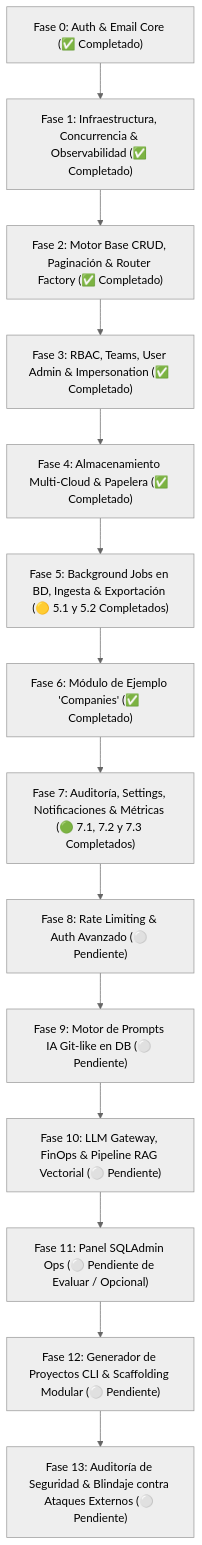
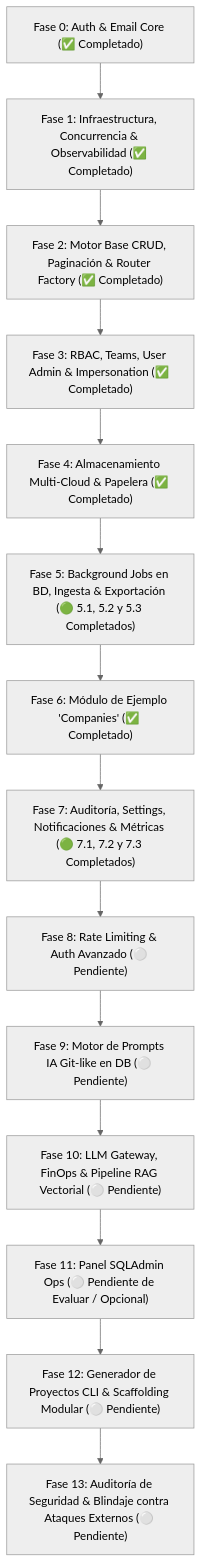
Before and after one commit to javireyramirez/fastapi_plantilla: the diagram in ROADMAP.md, drawn with Mermaid (neutral theme). The commit also changed other lines of this file and 11 other files, not shown here.

````diff
--- a/ROADMAP.md
+++ b/ROADMAP.md
@@ -30,16 +30,16 @@
 ```mermaid
 flowchart TD
     F0["Fase 0: Auth & Email Core (✅ Completado)"] --> F1["Fase 1: Infraestructura, Concurrencia & Observabilidad (✅ Completado)"]
     F1 --> F2["Fase 2: Motor Base CRUD, Paginación & Router Factory (✅ Completado)"]
     F2 --> F3["Fase 3: RBAC, Teams, User Admin & Impersonation (✅ Completado)"]
     F3 --> F4["Fase 4: Almacenamiento Multi-Cloud & Papelera (✅ Completado)"]
-    F4 --> F5["Fase 5: Background Jobs en BD, Ingesta & Exportación (🟡 5.1 y 5.2 Completados)"]
+    F4 --> F5["Fase 5: Background Jobs en BD, Ingesta & Exportación (🟢 5.1, 5.2 y 5.3 Completados)"]
     F5 --> F6["Fase 6: Módulo de Ejemplo 'Companies' (✅ Completado)"]
     F6 --> F7["Fase 7: Auditoría, Settings, Notificaciones & Métricas (🟢 7.1, 7.2 y 7.3 Completados)"]
     F7 --> F8["Fase 8: Rate Limiting & Auth Avanzado (⚪ Pendiente)"]
     F8 --> F9["Fase 9: Motor de Prompts IA Git-like en DB (⚪ Pendiente)"]
     F9 --> F10["Fase 10: LLM Gateway, FinOps & Pipeline RAG Vectorial (⚪ Pendiente)"]
     F10 --> F11["Fase 11: Panel SQLAdmin Ops (⚪ Pendiente de Evaluar / Opcional)"]
     F11 --> F12["Fase 12: Generador de Proyectos CLI & Scaffolding Modular (⚪ Pendiente)"]
     F12 --> F13["Fase 13: Auditoría de Seguridad & Blindaje contra Ataques Externos (⚪ Pendiente)"]
 ```
````
